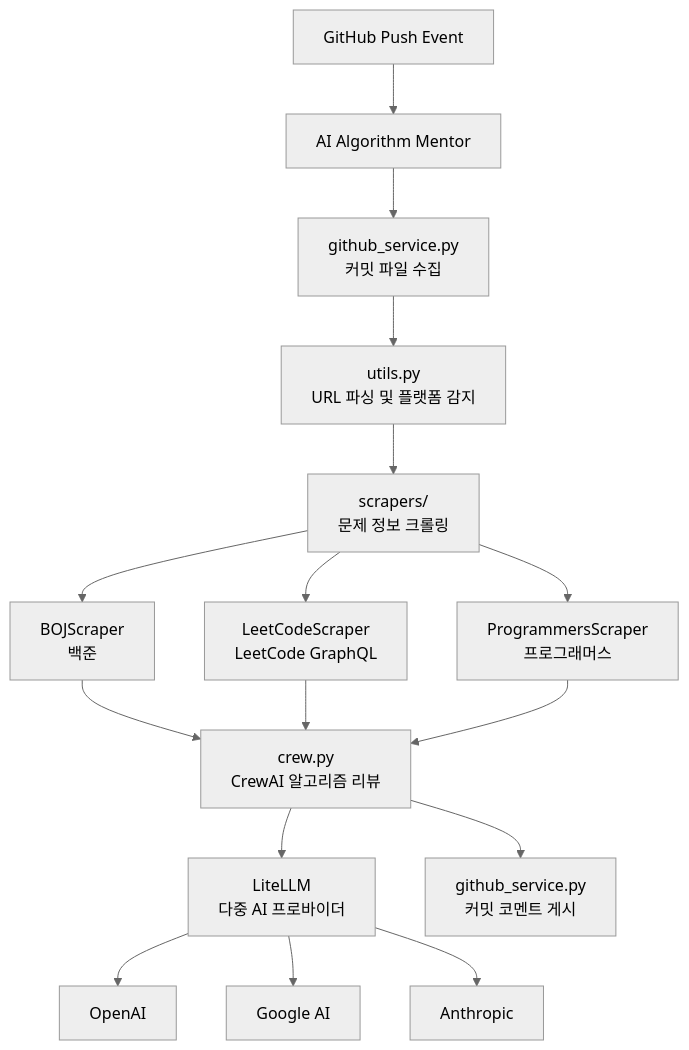
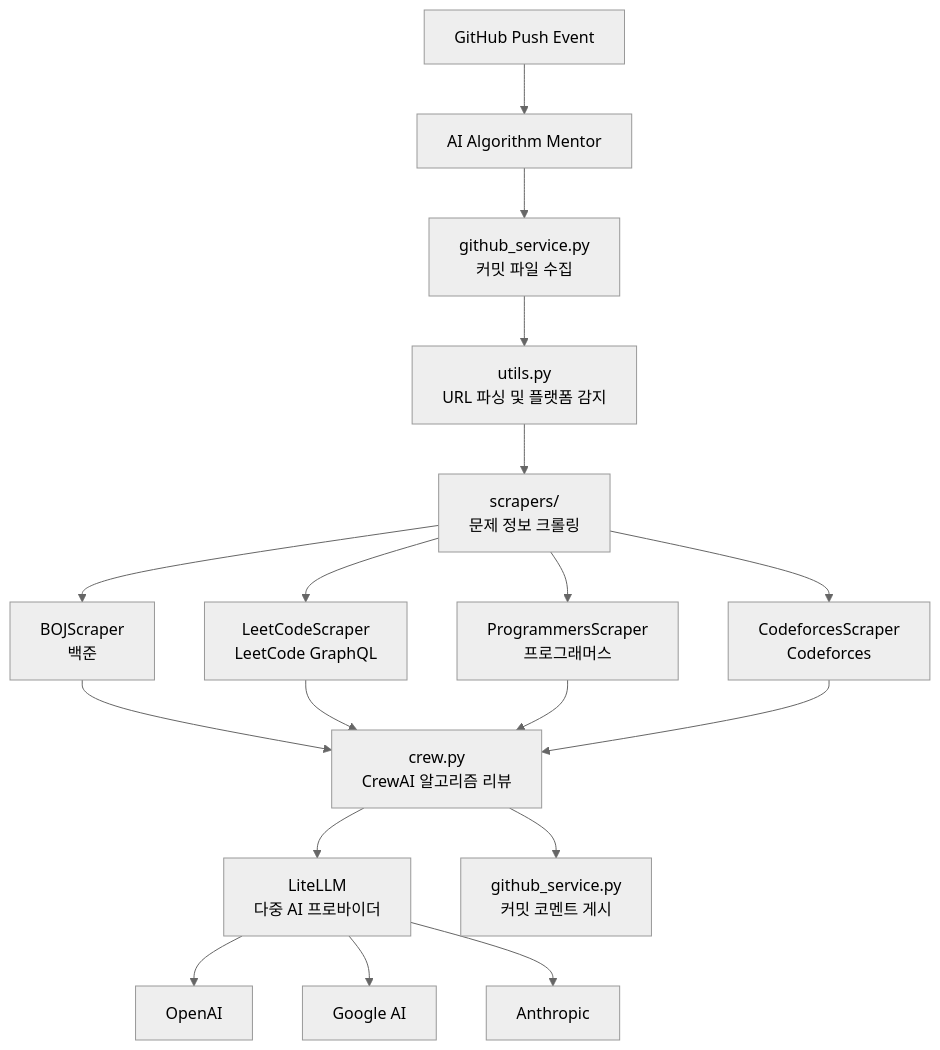
The diagram in README.md (actions-marketplace-validations/choam2426_AI-Algorithm-Mentor), drawn with Mermaid (neutral theme) before and after one commit. The commit also changed other lines of this file and 4 other files, not shown here.

First line of the commit message:
feat: add Codeforces scraper support

````diff
--- a/README.md
+++ b/README.md
@@ -157,20 +165,21 @@
 ```mermaid
 graph TD
     A[GitHub Push Event] --> B[AI Algorithm Mentor]
     B --> C[github_service.py<br/>커밋 파일 수집]
     C --> D[utils.py<br/>URL 파싱 및 플랫폼 감지]
     D --> E[scrapers/<br/>문제 정보 크롤링]
     
     E --> E1[BOJScraper<br/>백준]
     E --> E2[LeetCodeScraper<br/>LeetCode GraphQL]
     E --> E3[ProgrammersScraper<br/>프로그래머스]
+    E --> E4[CodeforcesScraper<br/>Codeforces]
     
-    E1 & E2 & E3 --> F[crew.py<br/>CrewAI 알고리즘 리뷰]
+    E1 & E2 & E3 & E4 --> F[crew.py<br/>CrewAI 알고리즘 리뷰]
     
     F --> G[LiteLLM<br/>다중 AI 프로바이더]
     G --> G1[OpenAI]
     G --> G2[Google AI]
     G --> G3[Anthropic]
     
     F --> H[github_service.py<br/>커밋 코멘트 게시]
 ```
````
